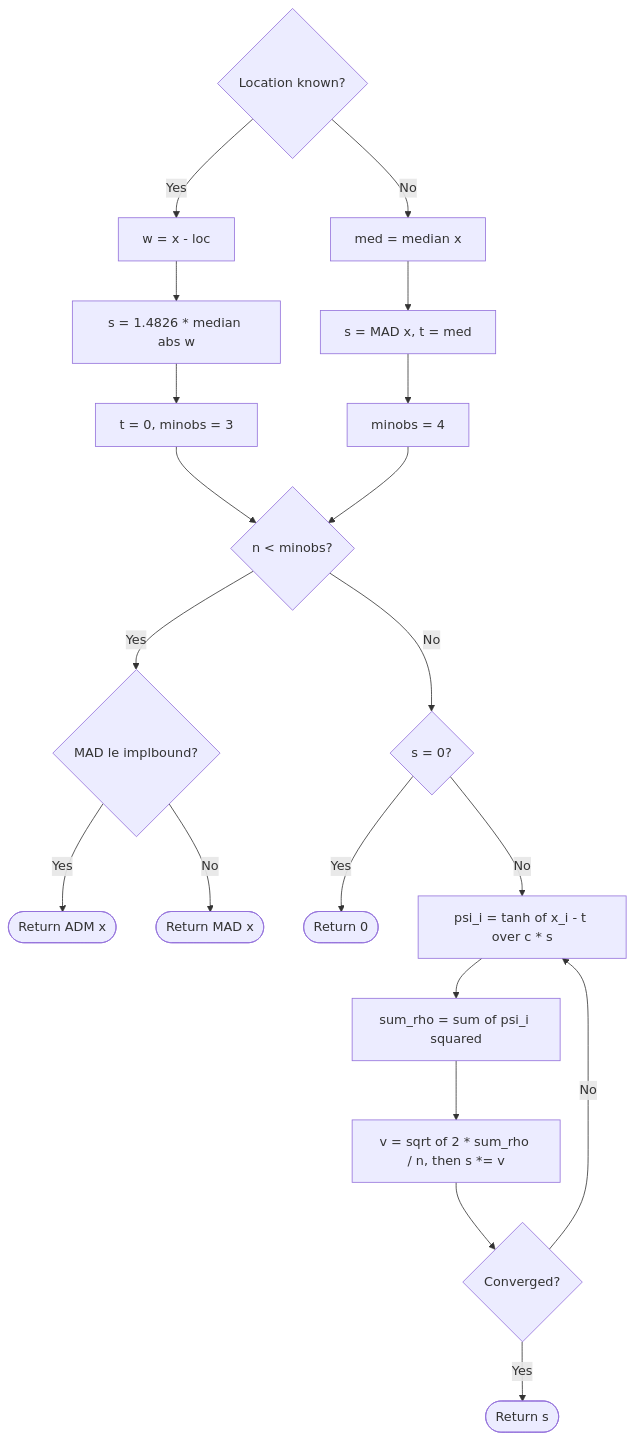
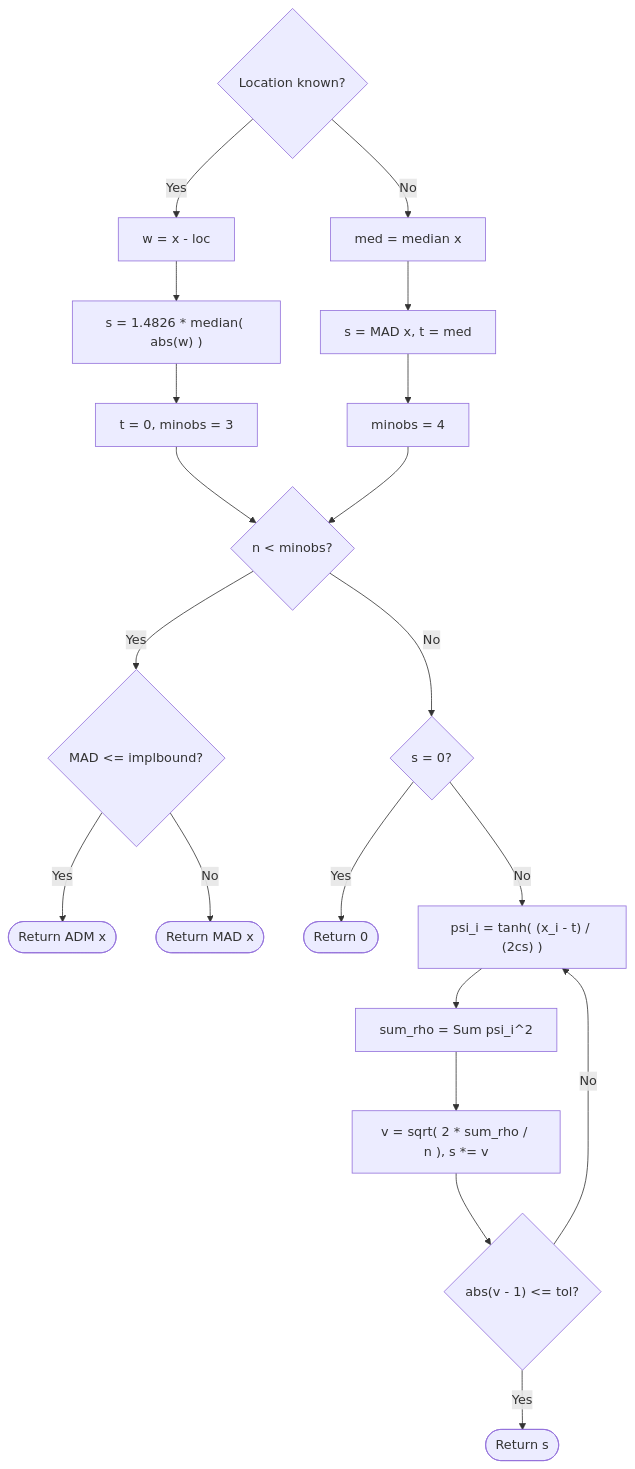
Before and after one commit to davdittrich/robscale: the second of 2 diagrams in README.md, drawn with Mermaid. The commit also changed other lines of this file, not shown here.

Commit message:
Fix diagram accuracy: missing 2 in tanh arg, restore convergence criteria

````diff
--- a/README.md
+++ b/README.md
@@ -161,23 +161,23 @@
 ```mermaid
 flowchart TD
     A{Location known?}
     A -- Yes --> B1[w = x - loc]
-    B1 --> B2[s = 1.4826 * median abs w]
+    B1 --> B2["s = 1.4826 * median( abs(w) )"]
     B2 --> B3[t = 0, minobs = 3]
     A -- No --> C1[med = median x]
     C1 --> C2[s = MAD x, t = med]
     C2 --> C3[minobs = 4]
     B3 --> D{n < minobs?}
     C3 --> D
-    D -- Yes --> E{MAD le implbound?}
+    D -- Yes --> E{"MAD <= implbound?"}
     E -- Yes --> F([Return ADM x])
     E -- No --> G([Return MAD x])
     D -- No --> H{s = 0?}
     H -- Yes --> I([Return 0])
-    H -- No --> J[psi_i = tanh of x_i - t over c * s]
-    J --> K[sum_rho = sum of psi_i squared]
-    K --> L[v = sqrt of 2 * sum_rho / n, then s *= v]
-    L --> M{Converged?}
+    H -- No --> J["psi_i = tanh( (x_i - t) / (2cs) )"]
+    J --> K["sum_rho = Sum psi_i^2"]
+    K --> L["v = sqrt( 2 * sum_rho / n ), s *= v"]
+    L --> M{"abs(v - 1) <= tol?"}
     M -- No --> J
     M -- Yes --> N([Return s])
 ```
````
